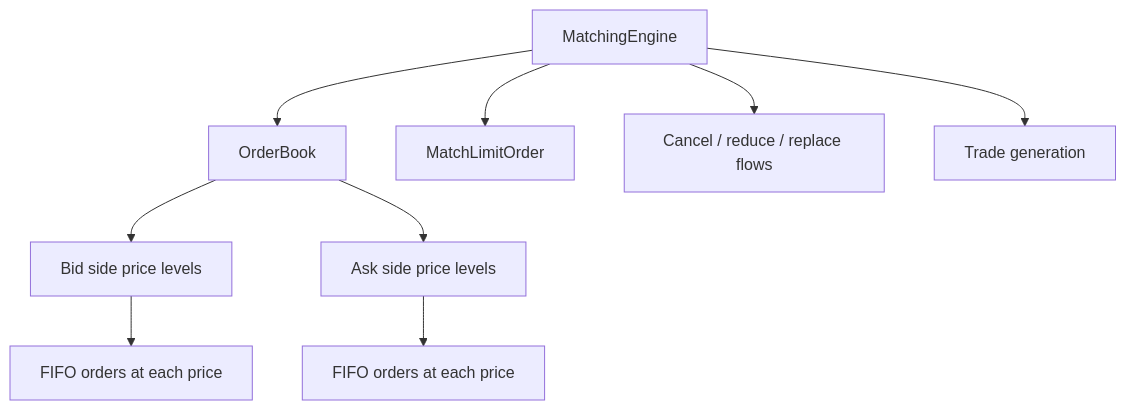
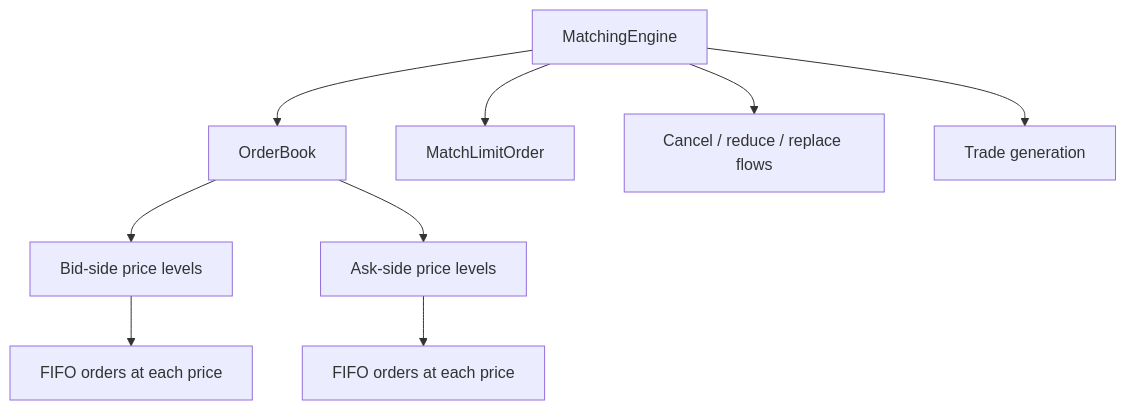
Before and after one commit to dong-quan-tran/Bookforge: the third of 4 diagrams in docs/ARCHITECTURE.md, drawn with Mermaid. The commit also changed other lines of this file, not shown here.

Commit message:
Update project architecture scheme

````diff
--- a/docs/ARCHITECTURE.md
+++ b/docs/ARCHITECTURE.md
@@ -42,11 +66,11 @@
 ```mermaid
 flowchart TD
     A[MatchingEngine] --> B[OrderBook]
-    B --> C[Bid side price levels]
-    B --> D[Ask side price levels]
+    B --> C[Bid-side price levels]
+    B --> D[Ask-side price levels]
     C --> E[FIFO orders at each price]
     D --> F[FIFO orders at each price]
     A --> G[MatchLimitOrder]
     A --> H[Cancel / reduce / replace flows]
     A --> I[Trade generation]
 ```
````
